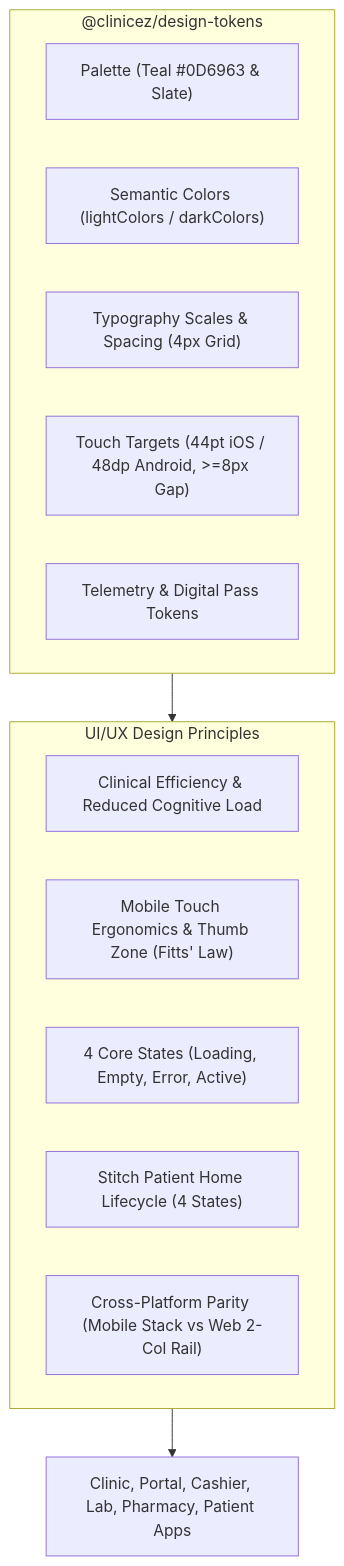
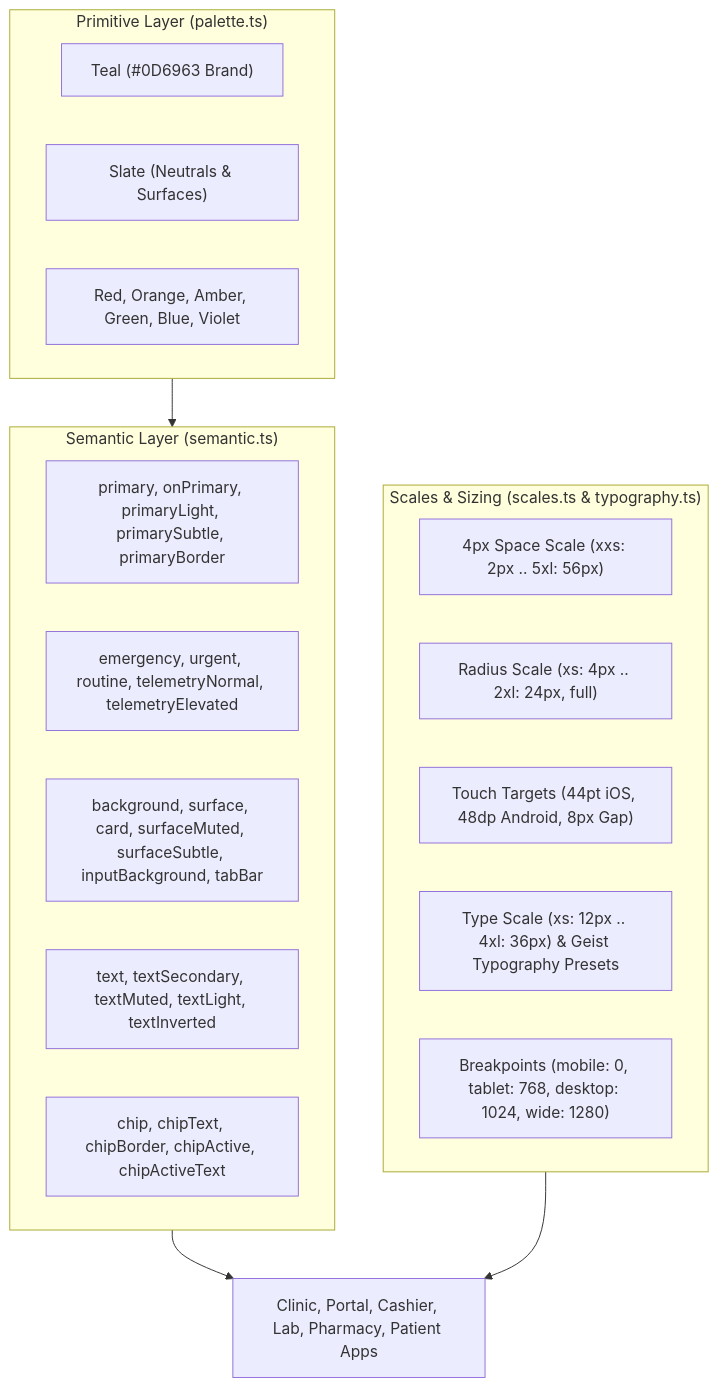
The first of 2 diagrams in .agents/skills/clinicez-ui-ux-expert/SKILL.md (NextStep-Software-Solutions-Inc/clinicez-arch2), drawn with Mermaid before and after one commit. The commit also changed other lines of this file and 1 other file, not shown here.

Commit message:
docs(skills): bound clinicez-ui-ux-expert skill strictly to core design tokens and generalized component patterns

````diff
--- a/.agents/skills/clinicez-ui-ux-expert/SKILL.md
+++ b/.agents/skills/clinicez-ui-ux-expert/SKILL.md
@@ -19,21 +24,28 @@
 ```mermaid
 flowchart TD
-  subgraph DESIGN_SYSTEM["@clinicez/design-tokens"]
-    PAL["Palette (Teal #0D6963 & Slate)"]
-    SEM["Semantic Colors (lightColors / darkColors)"]
-    TYP["Typography Scales & Spacing (4px Grid)"]
-    SIZ["Touch Targets (44pt iOS / 48dp Android, >=8px Gap)"]
-    TEL["Telemetry & Digital Pass Tokens"]
+  subgraph PRIMITIVES["Primitive Layer (palette.ts)"]
+    PAL_TEAL["Teal (#0D6963 Brand)"]
+    PAL_SLATE["Slate (Neutrals & Surfaces)"]
+    PAL_URGENCY["Red, Orange, Amber, Green, Blue, Violet"]
   end
 
-  subgraph UX_PRINCIPLES["UI/UX Design Principles"]
-    CLIN["Clinical Efficiency & Reduced Cognitive Load"]
-    TOUCH["Mobile Touch Ergonomics & Thumb Zone (Fitts' Law)"]
-    INT["4 Core States (Loading, Empty, Error, Active)"]
-    STITCH["Stitch Patient Home Lifecycle (4 States)"]
-    RESP["Cross-Platform Parity (Mobile Stack vs Web 2-Col Rail)"]
+  subgraph SEMANTICS["Semantic Layer (semantic.ts)"]
+    SEM_BRAND["primary, onPrimary, primaryLight, primarySubtle, primaryBorder"]
+    SEM_URG["emergency, urgent, routine, telemetryNormal, telemetryElevated"]
+    SEM_SURF["background, surface, card, surfaceMuted, surfaceSubtle, inputBackground, tabBar"]
+    SEM_TEXT["text, textSecondary, textMuted, textLight, textInverted"]
+    SEM_CHIP["chip, chipText, chipBorder, chipActive, chipActiveText"]
   end
 
-  DESIGN_SYSTEM --> UX_PRINCIPLES
-  UX_PRINCIPLES --> APPS["Clinic, Portal, Cashier, Lab, Pharmacy, Patient Apps"]
+  subgraph SCALES["Scales & Sizing (scales.ts & typography.ts)"]
+    SCALE_SPACE["4px Space Scale (xxs: 2px .. 5xl: 56px)"]
+    SCALE_RADII["Radius Scale (xs: 4px .. 2xl: 24px, full)"]
+    SCALE_SIZES["Touch Targets (44pt iOS, 48dp Android, 8px Gap)"]
+    SCALE_TYP["Type Scale (xs: 12px .. 4xl: 36px) & Geist Typography Presets"]
+    SCALE_BP["Breakpoints (mobile: 0, tablet: 768, desktop: 1024, wide: 1280)"]
+  end
+
+  PRIMITIVES --> SEMANTICS
+  SEMANTICS --> APPS["Clinic, Portal, Cashier, Lab, Pharmacy, Patient Apps"]
+  SCALES --> APPS
 ```
````
